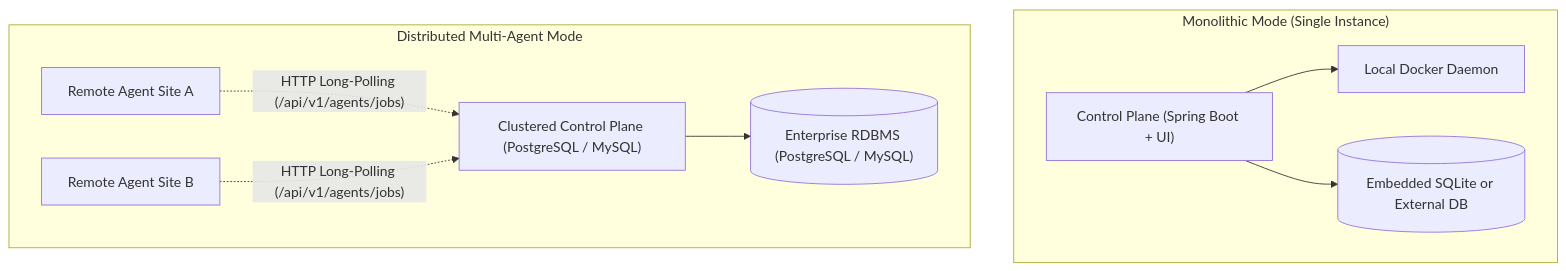
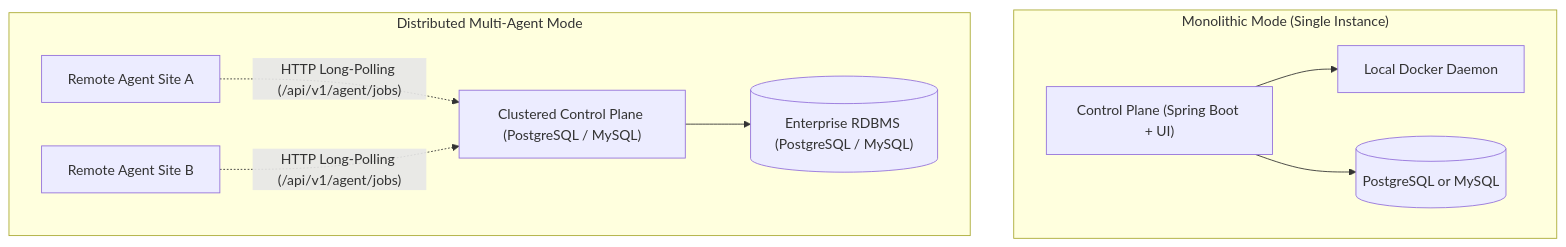
Before and after one commit to asmolabs/vectispire: the diagram in docs/architecture/bflorat/en/04_infrastructure_view.md, drawn with Mermaid. The commit also changed other lines of this file and 14 other files, not shown here.

````diff
--- a/docs/architecture/bflorat/en/04_infrastructure_view.md
+++ b/docs/architecture/bflorat/en/04_infrastructure_view.md
@@ -13,21 +13,21 @@
 ```mermaid
 flowchart TB
     subgraph Mono["Monolithic Mode (Single Instance)"]
         Ctrl1["Control Plane (Spring Boot + UI)"]
         Docker1["Local Docker Daemon"]
-        DB1[("Embedded SQLite or External DB")]
+        DB1[("PostgreSQL or MySQL")]
         Ctrl1 --> Docker1
         Ctrl1 --> DB1
     end
 
     subgraph Dist["Distributed Multi-Agent Mode"]
         Ctrl2["Clustered Control Plane (PostgreSQL / MySQL)"]
         DB2[("Enterprise RDBMS (PostgreSQL / MySQL)")]
         AgentA["Remote Agent Site A"]
         AgentB["Remote Agent Site B"]
         
         Ctrl2 --> DB2
-        AgentA -.->|"HTTP Long-Polling (/api/v1/agents/jobs)"| Ctrl2
-        AgentB -.->|"HTTP Long-Polling (/api/v1/agents/jobs)"| Ctrl2
+        AgentA -.->|"HTTP Long-Polling (/api/v1/agent/jobs)"| Ctrl2
+        AgentB -.->|"HTTP Long-Polling (/api/v1/agent/jobs)"| Ctrl2
     end
 ```
````
